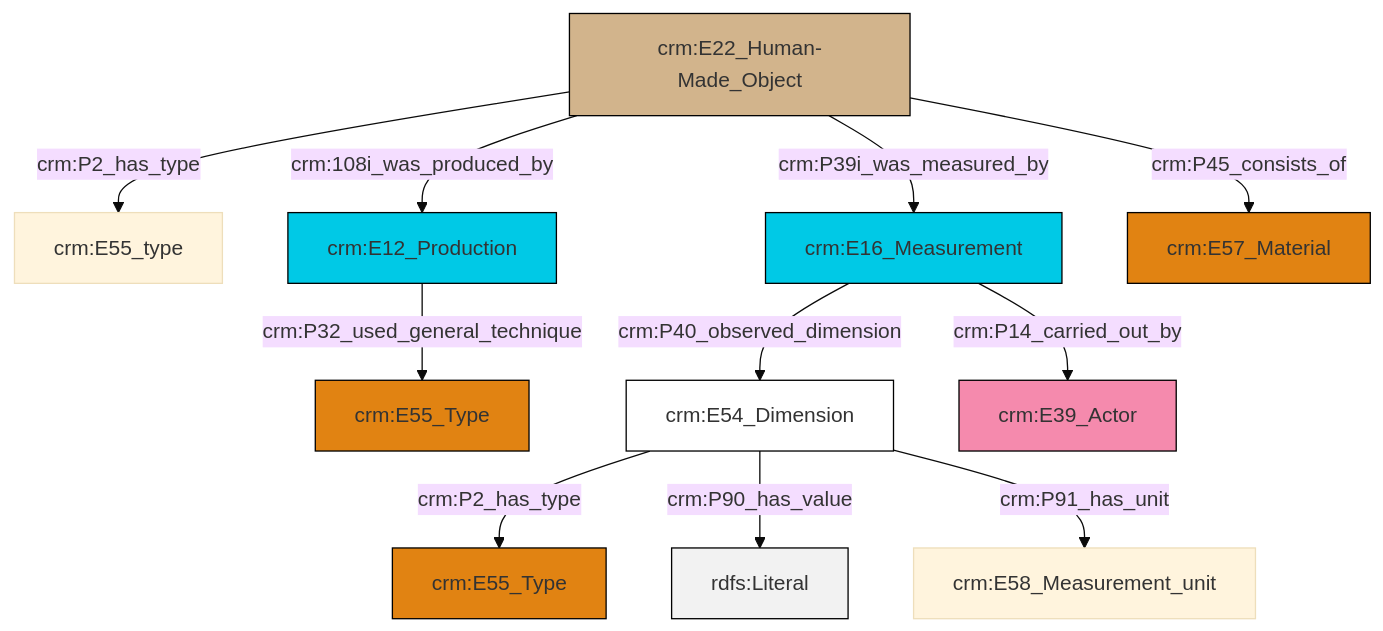
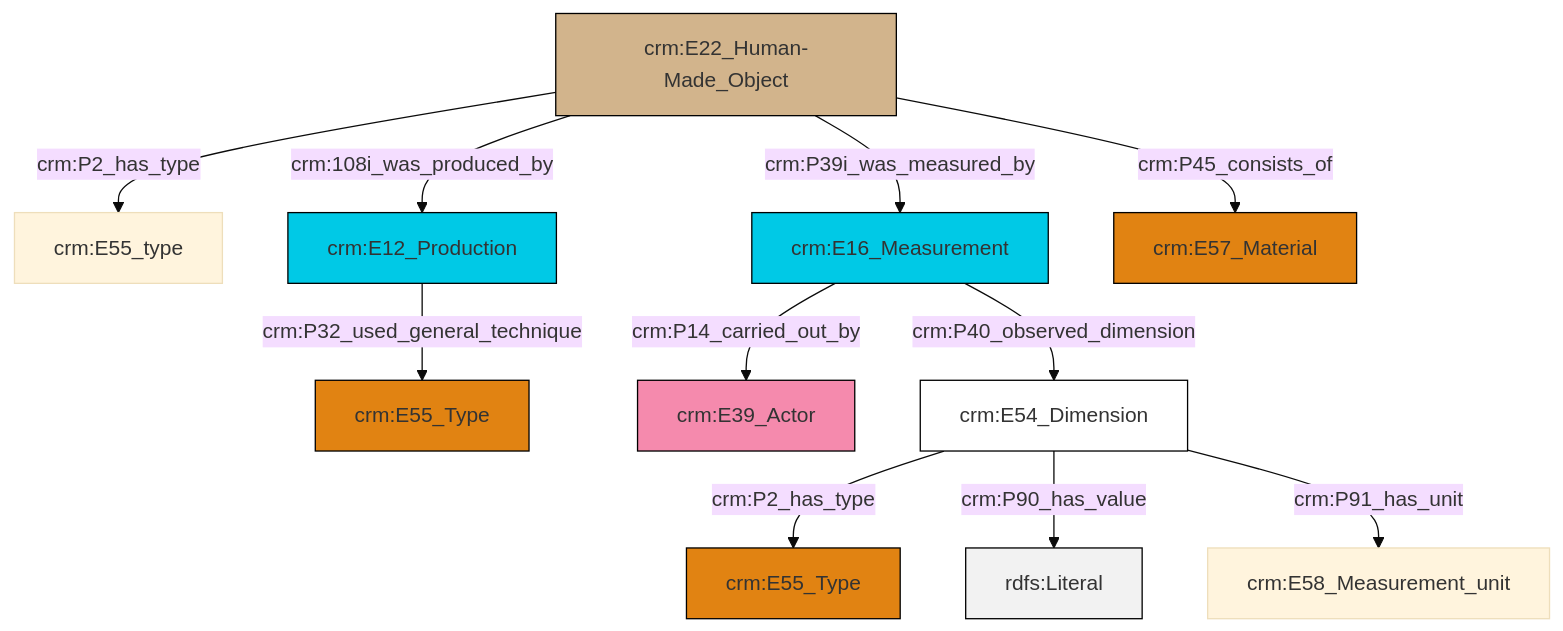
The diagram in et/builtWorkCSV/ttl/mmd/Built_Work_substance.ttl.mmd (swiss-art-research-net/reference-data-models), drawn with Mermaid (base theme) before and after one commit. The commit also changed 126 other files, not shown here.

```diff
--- a/et/builtWorkCSV/ttl/mmd/Built_Work_substance.ttl.mmd
+++ b/et/builtWorkCSV/ttl/mmd/Built_Work_substance.ttl.mmd
@@ -1,25 +1,25 @@
 graph TD
 classDef Literal fill:#f2f2f2,stroke:#000000;
 classDef CRM_Entity fill:#FFFFFF,stroke:#000000;
 classDef Temporal_Entity fill:#00C9E6, stroke:#000000;
 classDef Type fill:#E18312, stroke:#000000;
 classDef Time-Span fill:#2C9C91, stroke:#000000;
 classDef Appellation fill:#FFEB7F, stroke:#000000;
 classDef Place fill:#008836, stroke:#000000;
 classDef Persistent_Item fill:#B266B2, stroke:#000000;
 classDef Conceptual_Object fill:#FFD700, stroke:#000000;
 classDef Physical_Thing fill:#D2B48C, stroke:#000000;
 classDef Actor fill:#f58aad, stroke:#000000;
 classDef PC_Classes fill:#4ce600, stroke:#000000;
 classDef Multi fill:#cccccc,stroke:#000000;
 
-4["crm:E12_Production"]:::Temporal_Entity -->|crm:P32_used_general_technique| 5["crm:E55_Type"]:::Type
-6["crm:E16_Measurement"]:::Temporal_Entity -->|crm:P40_observed_dimension| 7["crm:E54_Dimension"]:::CRM_Entity
-0["crm:E22_Human-Made_Object"]:::Physical_Thing -->|crm:P2_has_type| 9["crm:E55_type"]:::Default
-7["crm:E54_Dimension"]:::CRM_Entity -->|crm:P2_has_type| 10["crm:E55_Type"]:::Type
-0["crm:E22_Human-Made_Object"]:::Physical_Thing -->|crm:108i_was_produced_by| 4["crm:E12_Production"]:::Temporal_Entity
-7["crm:E54_Dimension"]:::CRM_Entity -->|crm:P90_has_value| 14[rdfs:Literal]:::Literal
-6["crm:E16_Measurement"]:::Temporal_Entity -->|crm:P14_carried_out_by| 2["crm:E39_Actor"]:::Actor
-0["crm:E22_Human-Made_Object"]:::Physical_Thing -->|crm:P39i_was_measured_by| 6["crm:E16_Measurement"]:::Temporal_Entity
-7["crm:E54_Dimension"]:::CRM_Entity -->|crm:P91_has_unit| 12["crm:E58_Measurement_unit"]:::Default
-0["crm:E22_Human-Made_Object"]:::Physical_Thing -->|crm:P45_consists_of| 17["crm:E57_Material"]:::Type
+4["crm:E12_Production"]:::Temporal_Entity -->|crm:P32_used_general_technique| 0["crm:E55_Type"]:::Type
+5["crm:E16_Measurement"]:::Temporal_Entity -->|crm:P14_carried_out_by| 6["crm:E39_Actor"]:::Actor
+7["crm:E22_Human-Made_Object"]:::Physical_Thing -->|crm:P2_has_type| 2["crm:E55_type"]:::Default
+7["crm:E22_Human-Made_Object"]:::Physical_Thing -->|crm:108i_was_produced_by| 4["crm:E12_Production"]:::Temporal_Entity
+9["crm:E54_Dimension"]:::CRM_Entity -->|crm:P2_has_type| 10["crm:E55_Type"]:::Type
+7["crm:E22_Human-Made_Object"]:::Physical_Thing -->|crm:P45_consists_of| 12["crm:E57_Material"]:::Type
+7["crm:E22_Human-Made_Object"]:::Physical_Thing -->|crm:P39i_was_measured_by| 5["crm:E16_Measurement"]:::Temporal_Entity
+9["crm:E54_Dimension"]:::CRM_Entity -->|crm:P90_has_value| 14[rdfs:Literal]:::Literal
+5["crm:E16_Measurement"]:::Temporal_Entity -->|crm:P40_observed_dimension| 9["crm:E54_Dimension"]:::CRM_Entity
+9["crm:E54_Dimension"]:::CRM_Entity -->|crm:P91_has_unit| 17["crm:E58_Measurement_unit"]:::Default
```
